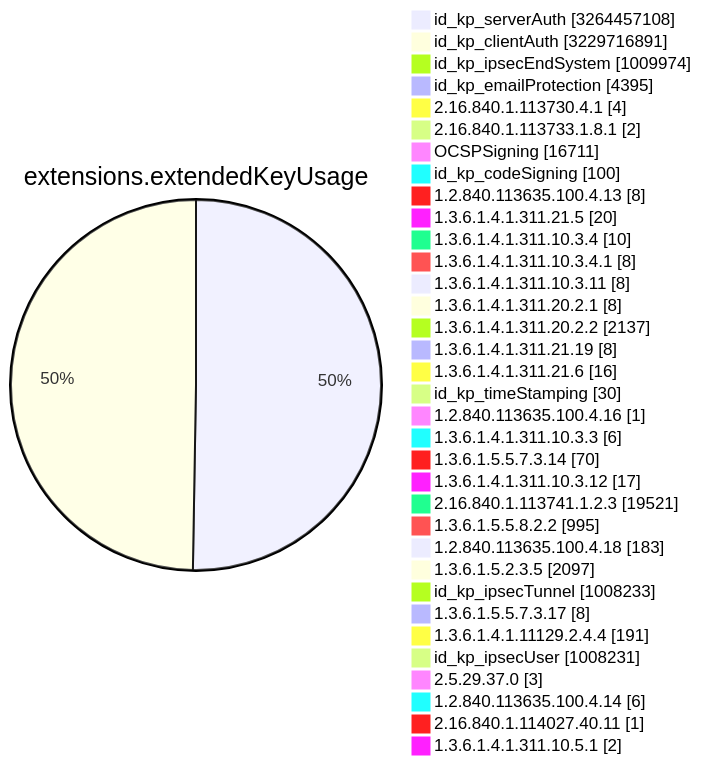
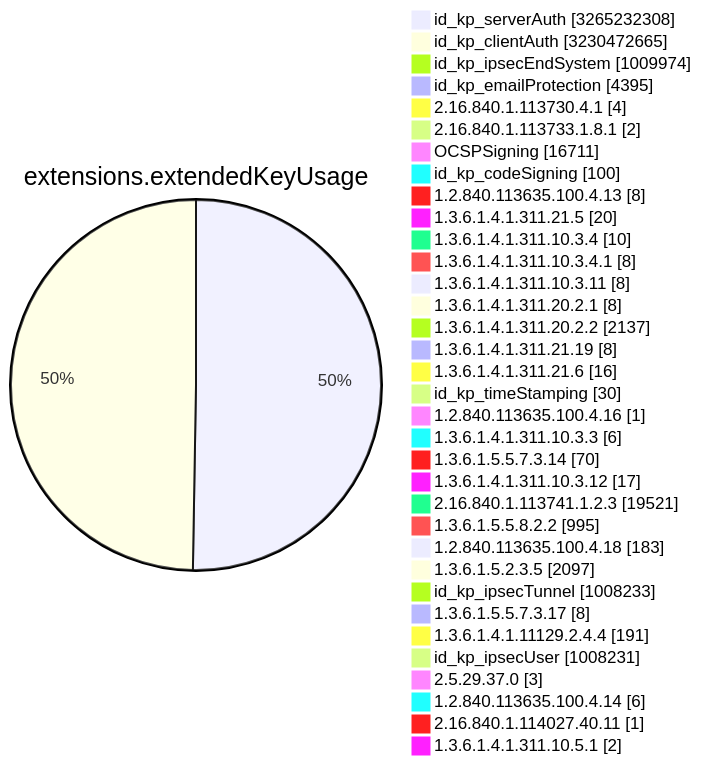
Diagram 11 of 15 in TOTAL/README.md (christiankrug/ctmonitor_visualization), drawn with Mermaid before and after one commit. The commit also changed other lines of this file, not shown here.

````diff
--- a/TOTAL/README.md
+++ b/TOTAL/README.md
@@ -4119,38 +4119,38 @@
 ```mermaid
 pie showData
 title extensions.extendedKeyUsage
-"id_kp_serverAuth" :3264457108
-"id_kp_clientAuth" :3229716891
+"id_kp_serverAuth" :3265232308
+"id_kp_clientAuth" :3230472665
 "id_kp_ipsecEndSystem" :1009974
 "id_kp_emailProtection" :4395
 "2.16.840.1.113730.4.1" :4
 "2.16.840.1.113733.1.8.1" :2
 "OCSPSigning" :16711
 "id_kp_codeSigning" :100
 "1.2.840.113635.100.4.13" :8
 "1.3.6.1.4.1.311.21.5" :20
 "1.3.6.1.4.1.311.10.3.4" :10
 "1.3.6.1.4.1.311.10.3.4.1" :8
 "1.3.6.1.4.1.311.10.3.11" :8
 "1.3.6.1.4.1.311.20.2.1" :8
 "1.3.6.1.4.1.311.20.2.2" :2137
 "1.3.6.1.4.1.311.21.19" :8
 "1.3.6.1.4.1.311.21.6" :16
 "id_kp_timeStamping" :30
 "1.2.840.113635.100.4.16" :1
 "1.3.6.1.4.1.311.10.3.3" :6
 "1.3.6.1.5.5.7.3.14" :70
 "1.3.6.1.4.1.311.10.3.12" :17
 "2.16.840.1.113741.1.2.3" :19521
 "1.3.6.1.5.5.8.2.2" :995
 "1.2.840.113635.100.4.18" :183
 "1.3.6.1.5.2.3.5" :2097
 "id_kp_ipsecTunnel" :1008233
 "1.3.6.1.5.5.7.3.17" :8
 "1.3.6.1.4.1.11129.2.4.4" :191
 "id_kp_ipsecUser" :1008231
 "2.5.29.37.0" :3
 "1.2.840.113635.100.4.14" :6
 "2.16.840.1.114027.40.11" :1
 "1.3.6.1.4.1.311.10.5.1" :2
 ```
````
